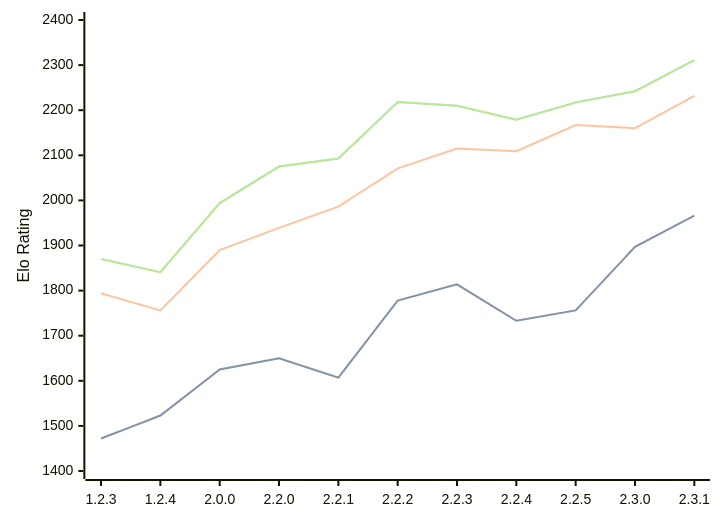
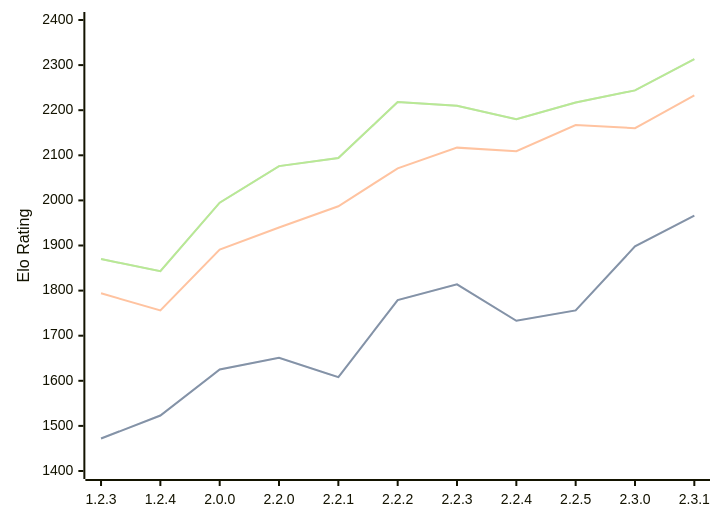
Before and after one commit to computer-chess-index/cci: the diagram in engines/Kreveta.md, drawn with Mermaid. The commit also changed other lines of this file, not shown here.

Commit message:
Update CCI Ratings (ELO VLTC) - 2026-09-14

````diff
--- a/engines/Kreveta.md
+++ b/engines/Kreveta.md
@@ -43,11 +43,11 @@
 ```mermaid
 %%{init: {"theme":"base","themeVariables":{"seriesColors:['#a3a3a3','#222221','#faa371']}}}%%
 xychart-beta
   x-axis ["1.2.3", "1.2.4", "2.0.0", "2.2.0", "2.2.1", "2.2.2", "2.2.3", "2.2.4", "2.2.5", "2.3.0", "2.3.1"]
   y-axis "Elo Rating" 1400 --> 2400
-  line "" [1472, 1523, 1625, 1650, 1607, 1778, 1814, 1733, 1756, 1897, 1966]
-  line "STC (8.0+0.08s)" [1472, 1523, 1625, 1650, 1607, 1778, 1814, 1733, 1756, 1897, 1966]
-  line "LTC (60.0+0.60s)" [1794, 1756, 1890, 1939, 1986, 2071, 2115, 2109, 2167, 2160, 2232]
-  line "" [1870, 1841, 1994, 2075, 2093, 2218, 2210, 2179, 2217, 2242, 2311]
-  line "VLTC (2m24s+1.12s)" [1870, 1841, 1994, 2075, 2093, 2218, 2210, 2179, 2217, 2242, 2311]
+  line "" [1472, 1523, 1625, 1651, 1608, 1779, 1814, 1733, 1756, 1898, 1966]
+  line "STC (8.0+0.08s)" [1472, 1523, 1625, 1651, 1608, 1779, 1814, 1733, 1756, 1898, 1966]
+  line "LTC (60.0+0.60s)" [1794, 1756, 1891, 1940, 1987, 2071, 2117, 2109, 2167, 2160, 2233]
+  line "" [1870, 1843, 1995, 2076, 2094, 2218, 2210, 2180, 2217, 2244, 2313]
+  line "VLTC (2m24s+1.12s)" [1870, 1843, 1995, 2076, 2094, 2218, 2210, 2180, 2217, 2244, 2313]
 ```
````
